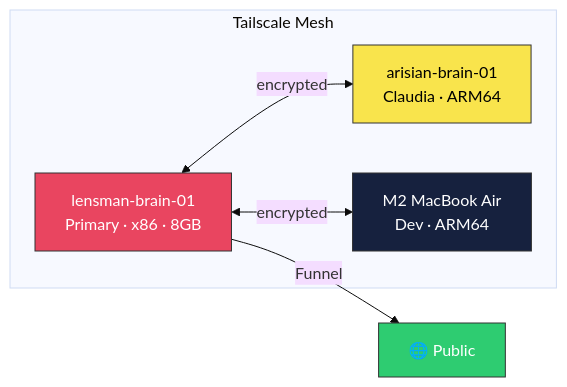
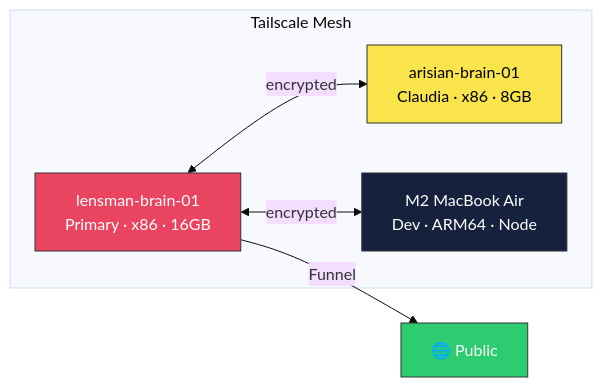
The second of 2 diagrams in README.md (doc-rogers/workshop), drawn with Mermaid (base theme) before and after one commit. The commit also changed other lines of this file, not shown here.

````diff
--- a/README.md
+++ b/README.md
@@ -218,17 +218,17 @@
 ```mermaid
 graph LR
     subgraph TS["Tailscale Mesh"]
-        L["lensman-brain-01<br/>Primary · x86 · 8GB"]
-        C["arisian-brain-01<br/>Claudia · ARM64"]
-        M["M2 MacBook Air<br/>Dev · ARM64"]
+        L["lensman-brain-01<br/>Primary · x86 · 16GB"]
+        C["arisian-brain-01<br/>Claudia · x86 · 8GB"]
+        M["M2 MacBook Air<br/>Dev · ARM64 · Node"]
     end
 
     L <-->|encrypted| C
     L <-->|encrypted| M
     L -->|Funnel| PUB["🌐 Public"]
 
     style L fill:#e94560,stroke:#333,color:#fff
     style C fill:#f9e44c,stroke:#333,color:#000
     style M fill:#16213e,stroke:#333,color:#fff
     style PUB fill:#2ecc71,stroke:#333,color:#fff
 ```
````
